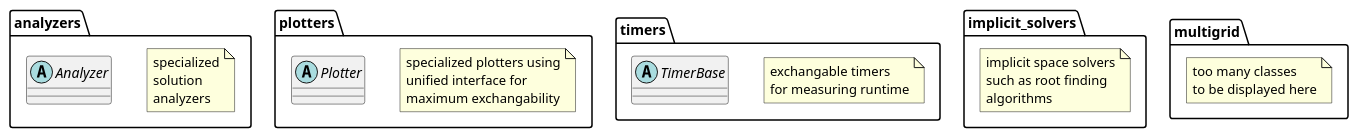
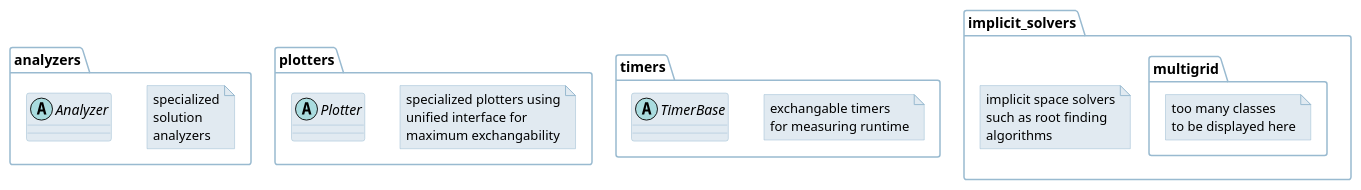
One commit to Parallel-in-Time/PyPinT changed the diagram in doc/source/imgs/src/plugins_tree.puml. Above: the diagram before and after it, drawn with PlantUML. The commit also changed 7 other files, not shown here.

Commit message:
docu: fixing diagrams for PinTWS14 talk

```diff
--- a/doc/source/imgs/src/plugins_tree.puml
+++ b/doc/source/imgs/src/plugins_tree.puml
@@ -1,44 +1,64 @@
 @startuml
+
+skinparam stereotype {
+    CBackgroundColor #AF5A50
+    ABackgroundColor #7D966E
+    IBackgroundColor #D7AA50
+}
+
+skinparam class {
+	BackgroundColor #E1EAF1
+	ArrowColor #00557C
+	BorderColor #99BAD0
+}
+
+skinparam note {
+	BackgroundColor #E1EAF1
+	BorderColor #99BAD0
+}
+
+skinparam packageBorderColor #99BAD0
 
 package "analyzers" {
     note as AnalyzerNote
         specialized
         solution
         analyzers
     end note
     abstract class Analyzer
 }
 
 package "plotters" {
     note as PlottersNote
         specialized plotters using
         unified interface for
         maximum exchangability
     end note
     abstract class Plotter
 }
 
 package "timers" {
     note as TimersNode
         exchangable timers
         for measuring runtime
     end note
     abstract class TimerBase
 }
 
 package "implicit_solvers" {
     note as ImplNode
         implicit space solvers
         such as root finding
         algorithms
     end note
+
+    package "multigrid" {
+        note as MultigridNote
+            too many classes
+            to be displayed here
+        end note
+    }
 }
 
-package "multigrid" {
-    note as MultigridNote
-        too many classes
-        to be displayed here
-    end note
-}
 
 @enduml
```
